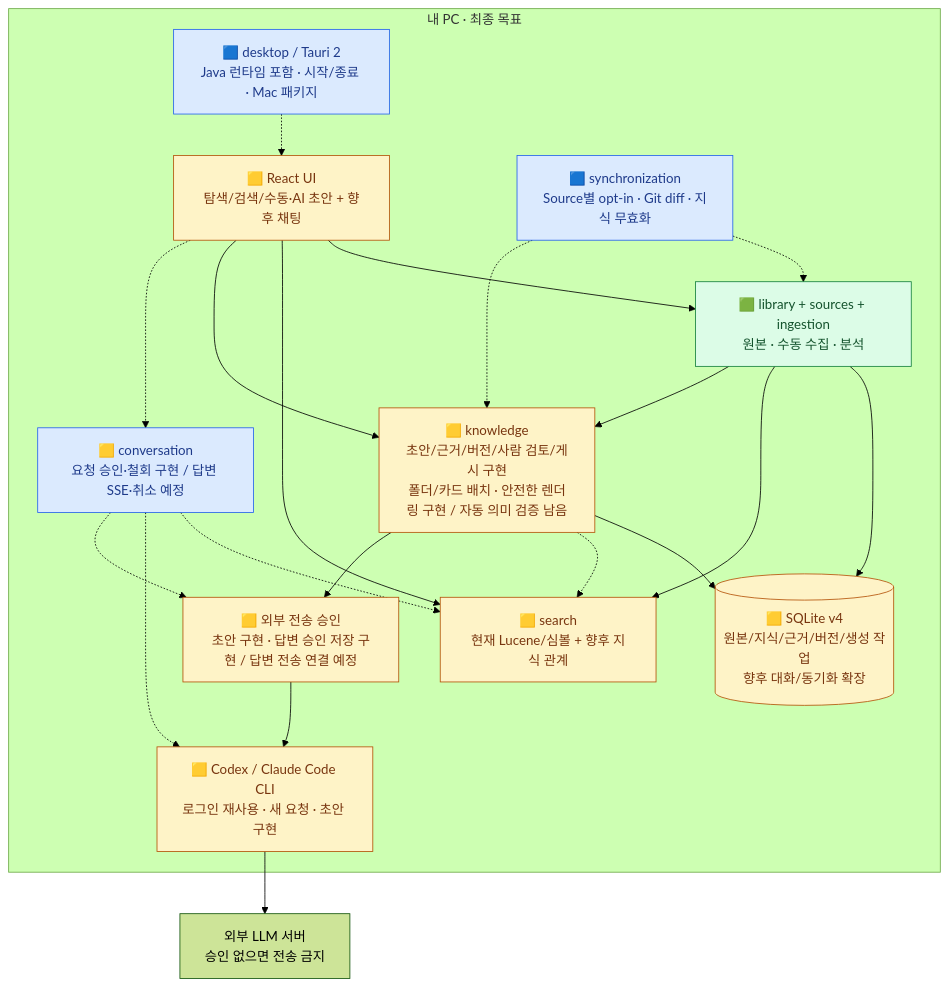
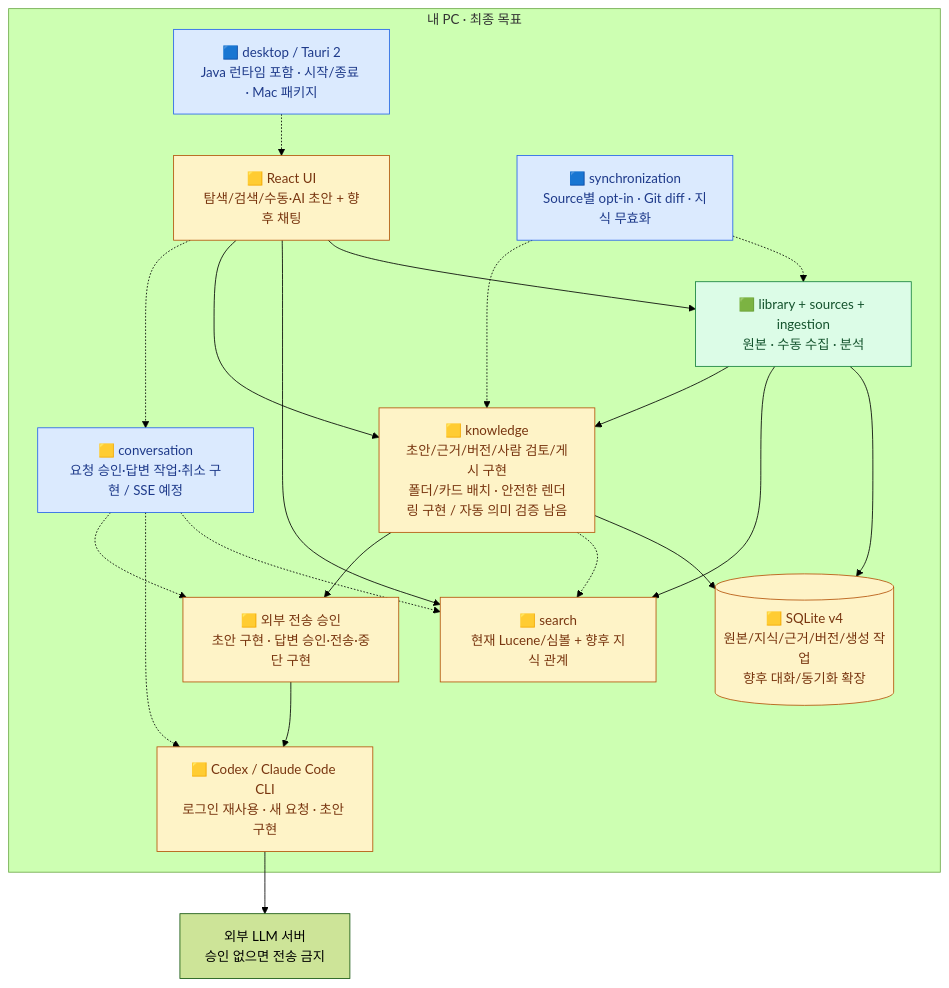
The third of 7 diagrams in docs/design-map.md (thisisnew/dougle), drawn with Mermaid (forest theme) before and after one commit. The commit also changed other lines of this file and 33 other files, not shown here.

````diff
--- a/docs/design-map.md
+++ b/docs/design-map.md
@@ -122,39 +122,39 @@
 ```mermaid
 flowchart TB
     subgraph PC["내 PC · 최종 목표"]
         HOST["🟦 desktop / Tauri 2<br/>Java 런타임 포함 · 시작/종료 · Mac 패키지"]
         UI["🟨 React UI<br/>탐색/검색/수동·AI 초안 + 향후 채팅"]
         RAW["🟩 library + sources + ingestion<br/>원본 · 수동 수집 · 분석"]
         RET["🟨 search<br/>현재 Lucene/심볼 + 향후 지식 관계"]
         KNOW["🟨 knowledge<br/>초안/근거/버전/사람 검토/게시 구현<br/>폴더/카드 배치 · 안전한 렌더링 구현 / 자동 의미 검증 남음"]
-        CHAT["🟨 conversation<br/>요청 승인·철회 구현 / 답변 SSE·취소 예정"]
+        CHAT["🟨 conversation<br/>요청 승인·답변 작업·취소 구현 / SSE 예정"]
         SYNC["🟦 synchronization<br/>Source별 opt-in · Git diff · 지식 무효화"]
         SQL[("🟨 SQLite v4<br/>원본/지식/근거/버전/생성 작업<br/>향후 대화/동기화 확장")]
         MODEL["🟨 Codex / Claude Code CLI<br/>로그인 재사용 · 새 요청 · 초안 구현"]
-        POLICY["🟨 외부 전송 승인<br/>초안 구현 · 답변 승인 저장 구현 / 답변 전송 연결 예정"]
+        POLICY["🟨 외부 전송 승인<br/>초안 구현 · 답변 승인·전송·중단 구현"]
         HOST -.-> UI
         UI --> RAW
         UI --> RET
         UI --> KNOW
         UI -.-> CHAT
         RAW --> SQL
         RAW --> RET
         RAW --> KNOW
         KNOW --> SQL
         KNOW -.-> RET
         POLICY --> MODEL
         CHAT -.-> RET
         CHAT -.-> MODEL
         CHAT -.-> POLICY
         KNOW --> POLICY
         SYNC -.-> RAW
         SYNC -.-> KNOW
     end
     MODEL --> EXT["외부 LLM 서버<br/>승인 없으면 전송 금지"]
     classDef done fill:#dcfce7,stroke:#15803d,color:#14532d
     classDef partial fill:#fef3c7,stroke:#b45309,color:#78350f
     classDef planned fill:#dbeafe,stroke:#2563eb,color:#1e3a8a
     class RAW done
     class UI,RET,SQL,KNOW,MODEL,POLICY partial
     class HOST,CHAT,SYNC planned
 ```
````
